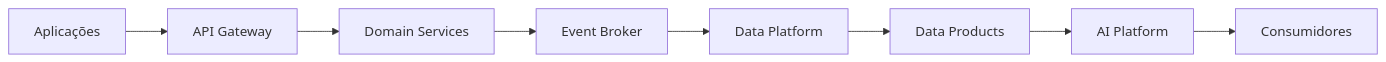
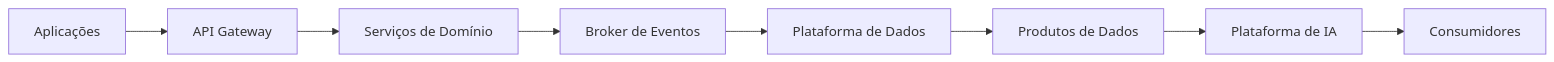
The diagram in programs/02-enterprise-data-ai-platform/application-architecture/integration-patterns.md (rogereufrasio/adtech-omnichannel-platform), drawn with Mermaid before and after one commit. The commit also changed other lines of this file and 260 other files, not shown here.

Commit message:
release: finalize Enterprise Architecture Practice v1.0.0

````diff
--- a/programs/02-enterprise-data-ai-platform/application-architecture/integration-patterns.md
+++ b/programs/02-enterprise-data-ai-platform/application-architecture/integration-patterns.md
@@ -74,16 +74,16 @@
 ```mermaid
 flowchart LR
 
 APP["Aplicações"] --> API["API Gateway"]
-API --> SERVICES["Domain Services"]
+API --> SERVICES["Serviços de Domínio"]
 
-SERVICES --> EVENTS["Event Broker"]
+SERVICES --> EVENTS["Broker de Eventos"]
 
-EVENTS --> DATA["Data Platform"]
+EVENTS --> DATA["Plataforma de Dados"]
 
-DATA --> PRODUCTS["Data Products"]
+DATA --> PRODUCTS["Produtos de Dados"]
 
-PRODUCTS --> AI["AI Platform"]
+PRODUCTS --> AI["Plataforma de IA"]
 
 AI --> CONSUMERS["Consumidores"]
 ```
````
